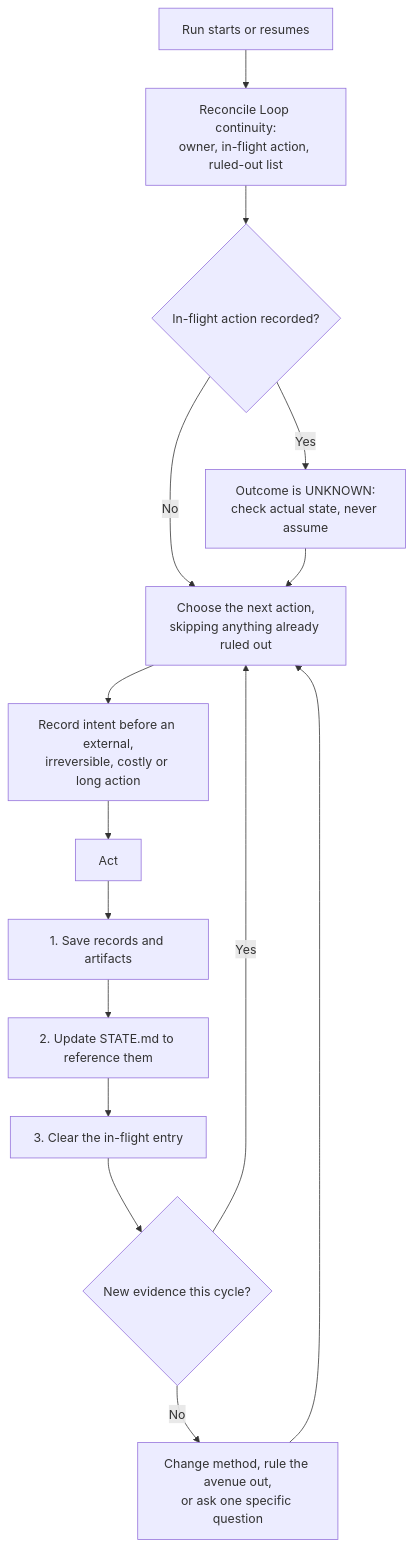
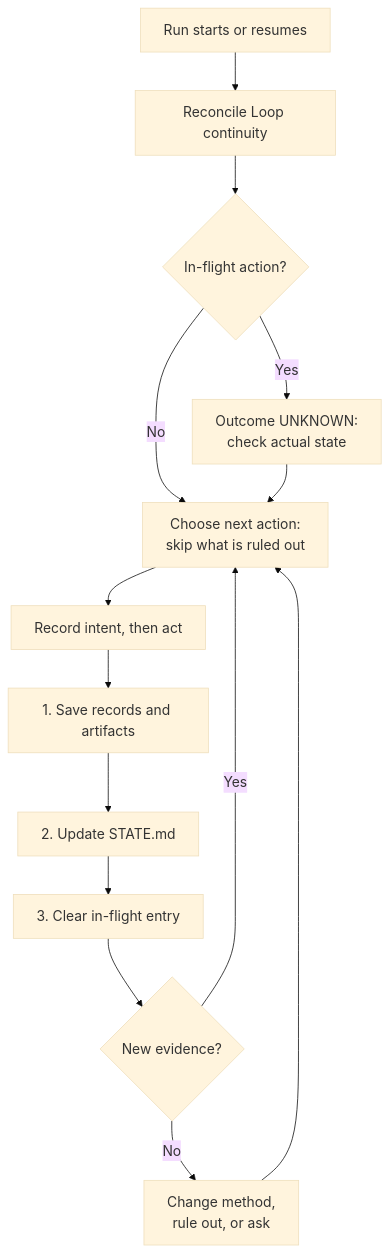
Before and after one commit to TungDoIt/agentic-research-template: the second of 2 diagrams in README.md, drawn with Mermaid. The commit also changed other lines of this file, not shown here.

First paragraph of the commit message:
Improve README diagram legibility
Addresses two reported rendering problems in the README workflow diagrams:
text too small, and connections looking skewed.

````diff
--- a/README.md
+++ b/README.md
@@ -78,17 +79,17 @@
 ```mermaid
+%%{init: {'theme': 'base', 'themeVariables': {'fontSize': '18px'}}}%%
 flowchart TD
-    R[Run starts or resumes] --> RC[Reconcile Loop continuity:<br/>owner, in-flight action, ruled-out list]
-    RC --> IF{In-flight action recorded?}
-    IF -->|Yes| VF[Outcome is UNKNOWN:<br/>check actual state, never assume]
-    IF -->|No| CH[Choose the next action,<br/>skipping anything already ruled out]
+    R[Run starts or resumes] --> RC[Reconcile Loop continuity]
+    RC --> IF{In-flight action?}
+    IF -->|Yes| VF[Outcome UNKNOWN:<br/>check actual state]
+    IF -->|No| CH[Choose next action:<br/>skip what is ruled out]
     VF --> CH
-    CH --> WA[Record intent before an external,<br/>irreversible, costly or long action]
-    WA --> AC[Act]
-    AC --> WR[1. Save records and artifacts]
-    WR --> US[2. Update STATE.md to reference them]
-    US --> CL[3. Clear the in-flight entry]
-    CL --> PG{New evidence this cycle?}
+    CH --> WA[Record intent, then act]
+    WA --> WR[1. Save records and artifacts]
+    WR --> US[2. Update STATE.md]
+    US --> CL[3. Clear in-flight entry]
+    CL --> PG{New evidence?}
     PG -->|Yes| CH
-    PG -->|No| ES[Change method, rule the avenue out,<br/>or ask one specific question]
+    PG -->|No| ES[Change method,<br/>rule out, or ask]
     ES --> CH
 ```
````
